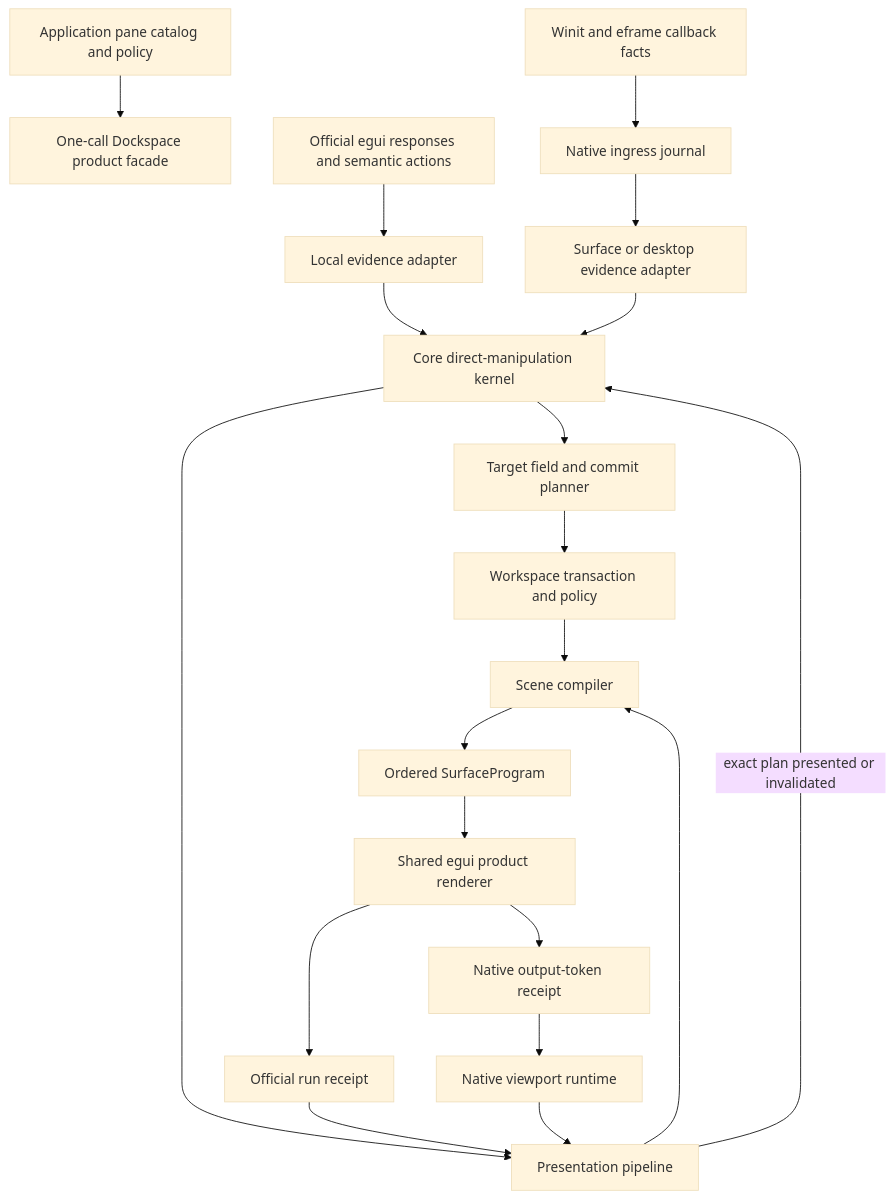
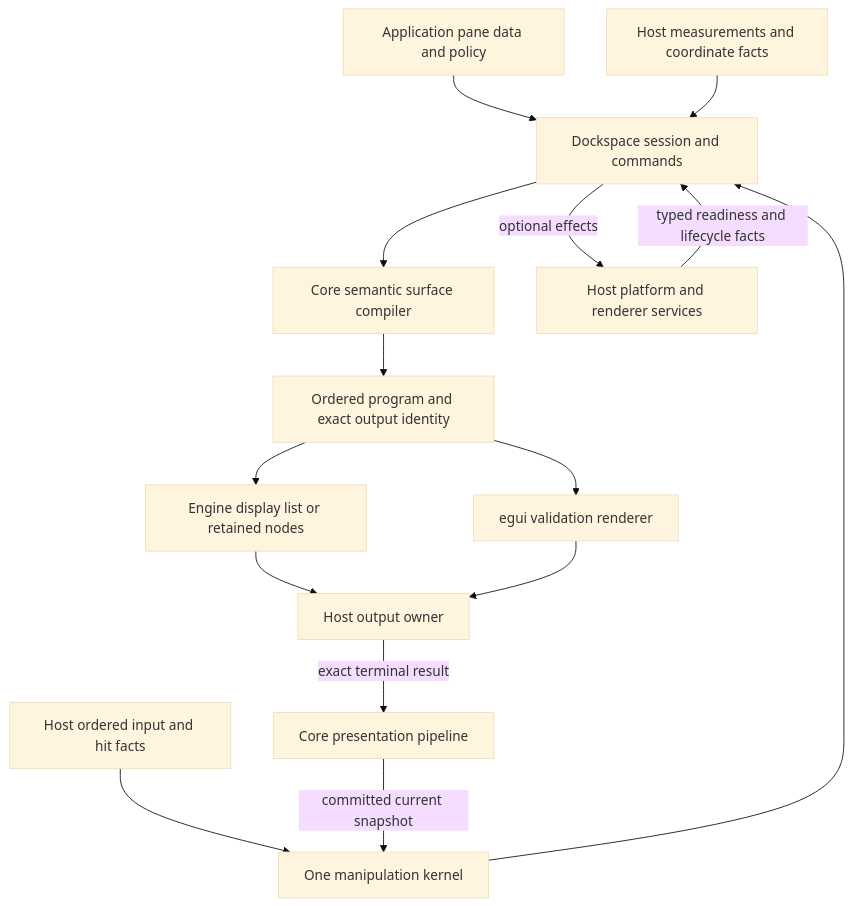
The first of 4 diagrams in docs/plans/2026-08-21-1357-refactor-dockspace-direct-manipulation-experience-plan.md (Latias94/egui_docking), drawn with Mermaid (base theme) before and after one commit. The commit also changed other lines of this file and 3 other files, not shown here.

Commit message:
docs(plan): prioritize engine host integration and egui validation

````diff
--- a/docs/plans/2026-08-21-1357-refactor-dockspace-direct-manipulation-experience-plan.md
+++ b/docs/plans/2026-08-21-1357-refactor-dockspace-direct-manipulation-experience-plan.md
@@ -237,22 +200,17 @@
 ```mermaid
 flowchart TB
-  App[Application pane catalog and policy] --> Facade[One-call Dockspace product facade]
-  Local[Official egui responses and semantic actions] --> LocalAdapter[Local evidence adapter]
-  Native[Winit and eframe callback facts] --> Journal[Native ingress journal]
-  Journal --> NativeAdapter[Surface or desktop evidence adapter]
-  LocalAdapter --> Kernel[Core direct-manipulation kernel]
-  NativeAdapter --> Kernel
-  Kernel --> Solver[Target field and commit planner]
-  Solver --> Workspace[Workspace transaction and policy]
-  Kernel --> Pipeline[Presentation pipeline]
-  Workspace --> Compiler[Scene compiler]
-  Pipeline --> Compiler
-  Compiler --> Program[Ordered SurfaceProgram]
-  Program --> Renderer[Shared egui product renderer]
-  Renderer --> OfficialProof[Official run receipt]
-  Renderer --> NativeProof[Native output-token receipt]
-  OfficialProof --> Pipeline
-  NativeProof --> ViewportRuntime[Native viewport runtime]
-  ViewportRuntime --> Pipeline
-  Pipeline -->|exact plan presented or invalidated| Kernel
+  App[Application pane data and policy] --> Core[Dockspace session and commands]
+  Input[Host ordered input and hit facts] --> Kernel[One manipulation kernel]
+  Metrics[Host measurements and coordinate facts] --> Core
+  Kernel --> Core
+  Core --> Compiler[Core semantic surface compiler]
+  Compiler --> Program[Ordered program and exact output identity]
+  Program --> Engine[Engine display list or retained nodes]
+  Program --> Egui[egui validation renderer]
+  Engine --> Owner[Host output owner]
+  Egui --> Owner
+  Owner -->|exact terminal result| Pipeline[Core presentation pipeline]
+  Pipeline -->|committed current snapshot| Kernel
+  Core -->|optional effects| Native[Host platform and renderer services]
+  Native -->|typed readiness and lifecycle facts| Core
 ```
````
